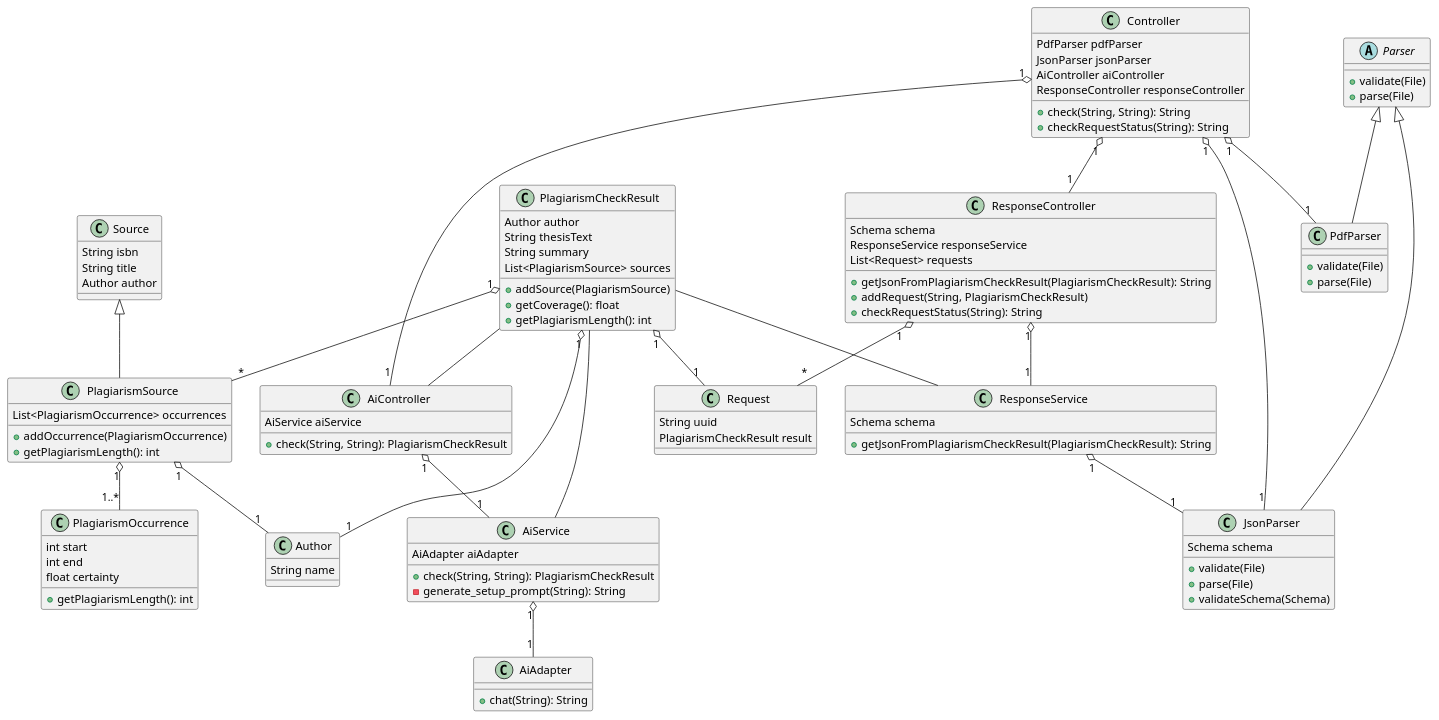
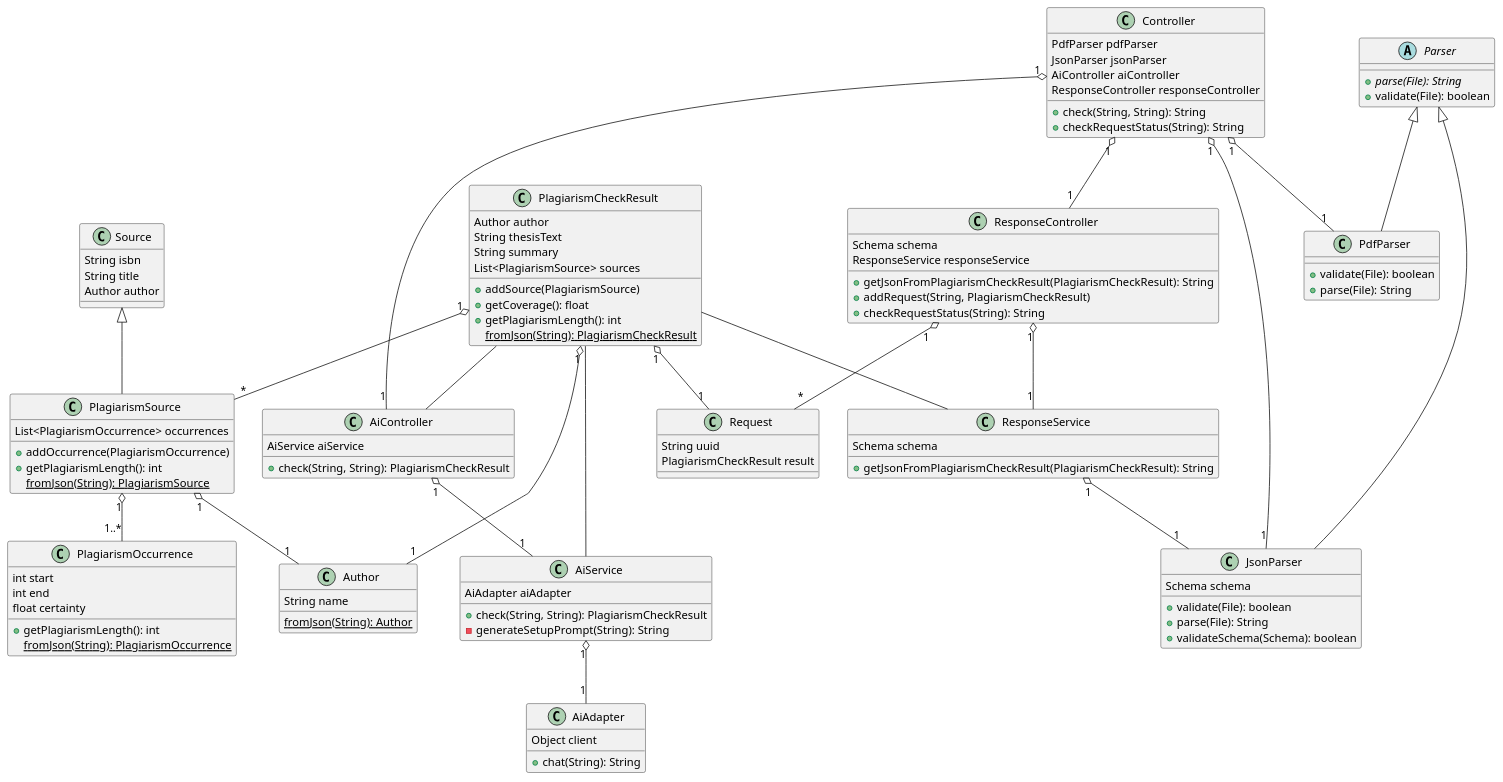
Before and after one commit to DHBW-FN/ti21-sweng2: the diagram in diagrams/classesOverviewWithTimeoutHandling.puml, drawn with PlantUML. The commit also changed 2 other files, not shown here.

```diff
--- a/diagrams/classesOverviewWithTimeoutHandling.puml
+++ b/diagrams/classesOverviewWithTimeoutHandling.puml
@@ -1,114 +1,118 @@
-@startuml Klassendiagramm
+@startuml Klassendiagramm_HTTP_202
 class PlagiarismCheckResult {
     Author author
     String thesisText
     String summary
     List<PlagiarismSource> sources
     +addSource(PlagiarismSource)
     +getCoverage(): float
     +getPlagiarismLength(): int
+    {static} fromJson(String): PlagiarismCheckResult
 }
 
 class PlagiarismSource extends Source {
     List<PlagiarismOccurrence> occurrences
     +addOccurrence(PlagiarismOccurrence)
     +getPlagiarismLength(): int
+    {static} fromJson(String): PlagiarismSource
 }
 
 class PlagiarismOccurrence {
     int start
     int end
     float certainty
     +getPlagiarismLength(): int
+    {static} fromJson(String): PlagiarismOccurrence
 }
 
 class Author {
     String name
+    {static} fromJson(String): Author
 }
 
 class Source {
     String isbn
     String title
     Author author
 }
 
 abstract class Parser {
-    +validate(File)
-    +parse(File)
+    {abstract} +parse(File): String
+    +validate(File): boolean
 }
 
 class PdfParser extends Parser {
-    +validate(File)
-    +parse(File)
+    +validate(File): boolean
+    +parse(File): String
 }
 
 class JsonParser extends Parser {
     Schema schema
-    +validate(File)
-    +parse(File)
-    +validateSchema(Schema)
+    +validate(File): boolean
+    +parse(File): String
+    +validateSchema(Schema): boolean
 }
 
 class Controller {
     PdfParser pdfParser
     JsonParser jsonParser
     AiController aiController
     ResponseController responseController
     +check(String, String): String
     +checkRequestStatus(String): String
 }
 
 class AiController {
     AiService aiService
     +check(String, String): PlagiarismCheckResult
 }
 
 class AiService {
     AiAdapter aiAdapter
     +check(String, String): PlagiarismCheckResult
-    -generate_setup_prompt(String): String
+    -generateSetupPrompt(String): String
 }
 
 class AiAdapter {
+    Object client
     +chat(String): String
 }
 
 class ResponseController {
     Schema schema
     ResponseService responseService
-    List<Request> requests
     +getJsonFromPlagiarismCheckResult(PlagiarismCheckResult): String
     +addRequest(String, PlagiarismCheckResult)
     +checkRequestStatus(String): String
 }
 
 class ResponseService {
     Schema schema
     +getJsonFromPlagiarismCheckResult(PlagiarismCheckResult): String
 }
 
 class Request {
     String uuid
     PlagiarismCheckResult result
 }
 
 Controller "1" o-- "1" PdfParser
 Controller "1" o-- "1" JsonParser
 Controller "1" o-- "1" AiController
 AiController "1" o-- "1" AiService
 AiService "1" o-- "1" AiAdapter
 Controller "1" o-- "1" ResponseController
 ResponseController "1" o-- "1" ResponseService
 ResponseController "1" o-- "*" Request
 ResponseService "1" o-- "1" JsonParser
 
 PlagiarismCheckResult -- AiController
 PlagiarismCheckResult -- AiService
 PlagiarismCheckResult -- ResponseService
 
 PlagiarismCheckResult "1" o-- "*" PlagiarismSource
 PlagiarismCheckResult "1" o-- "1" Author
 PlagiarismSource "1" o-- "1..*" PlagiarismOccurrence
 PlagiarismSource "1" o-- "1" Author
 PlagiarismCheckResult "1" o-- "1" Request
 @enduml
```
